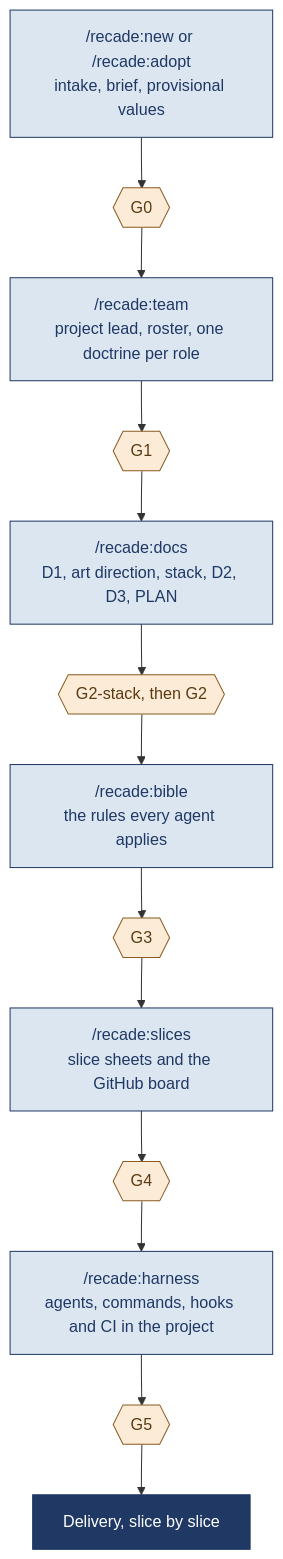
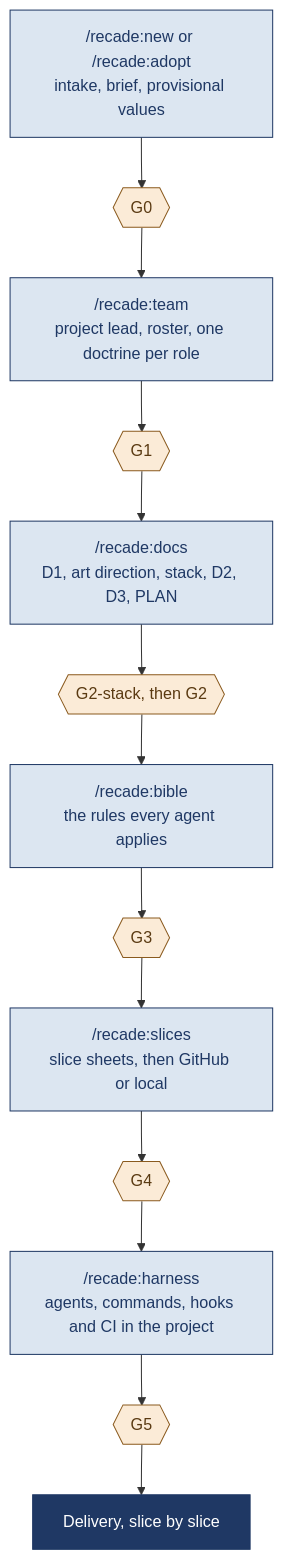
The first of 2 diagrams in docs/delivery.md (loycossou/recade), drawn with Mermaid before and after one commit. The commit also changed other lines of this file and 176 other files, not shown here.

Commit message:
feat: local forge, workspace-root harness, GitHub epics and backlog, lighter short track, HTML dossiers, cost and time before each phase, deliverables named in their language

````diff
--- a/docs/delivery.md
+++ b/docs/delivery.md
@@ -7,13 +7,13 @@
 ```mermaid
 flowchart TD
   A["/recade:new or /recade:adopt<br/>intake, brief, provisional values"]:::info --> G0{{G0}}:::warm
   G0 --> B["/recade:team<br/>project lead, roster, one doctrine per role"]:::info --> G1{{G1}}:::warm
   G1 --> C["/recade:docs<br/>D1, art direction, stack, D2, D3, PLAN"]:::info --> G2{{"G2-stack, then G2"}}:::warm
   G2 --> D["/recade:bible<br/>the rules every agent applies"]:::info --> G3{{G3}}:::warm
-  G3 --> E["/recade:slices<br/>slice sheets and the GitHub board"]:::info --> G4{{G4}}:::warm
+  G3 --> E["/recade:slices<br/>slice sheets, then GitHub or local"]:::info --> G4{{G4}}:::warm
   G4 --> F["/recade:harness<br/>agents, commands, hooks and CI in the project"]:::info --> G5{{G5}}:::warm
   G5 --> S["Delivery, slice by slice"]:::system
   classDef info fill:#DCE6F1,stroke:#1F3864,color:#1F3864
   classDef warm fill:#FBEBD7,stroke:#8A5A1E,color:#5A3A12
   classDef system fill:#1F3864,stroke:#1F3864,color:#FFFFFF
 ```
````
